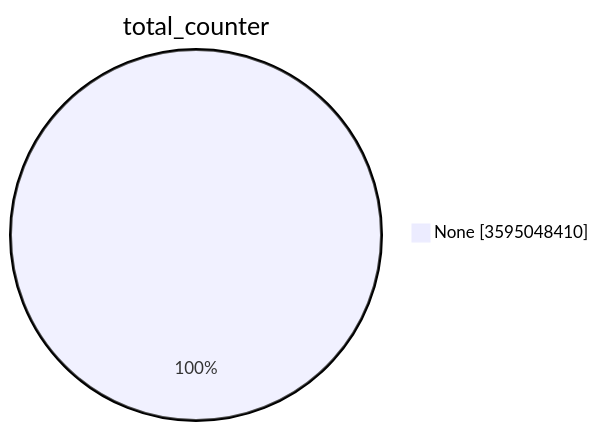
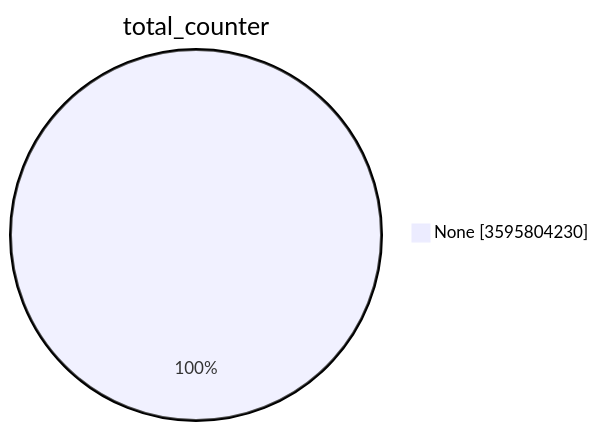
The first of 15 diagrams in TOTAL/README.md (christiankrug/ctmonitor_visualization), drawn with Mermaid before and after one commit. The commit also changed other lines of this file, not shown here.

````diff
--- a/TOTAL/README.md
+++ b/TOTAL/README.md
@@ -1,5 +1,5 @@
 ```mermaid
 pie showData
 title total_counter
-"None" :3595048410
+"None" :3595804230
 ```
````
